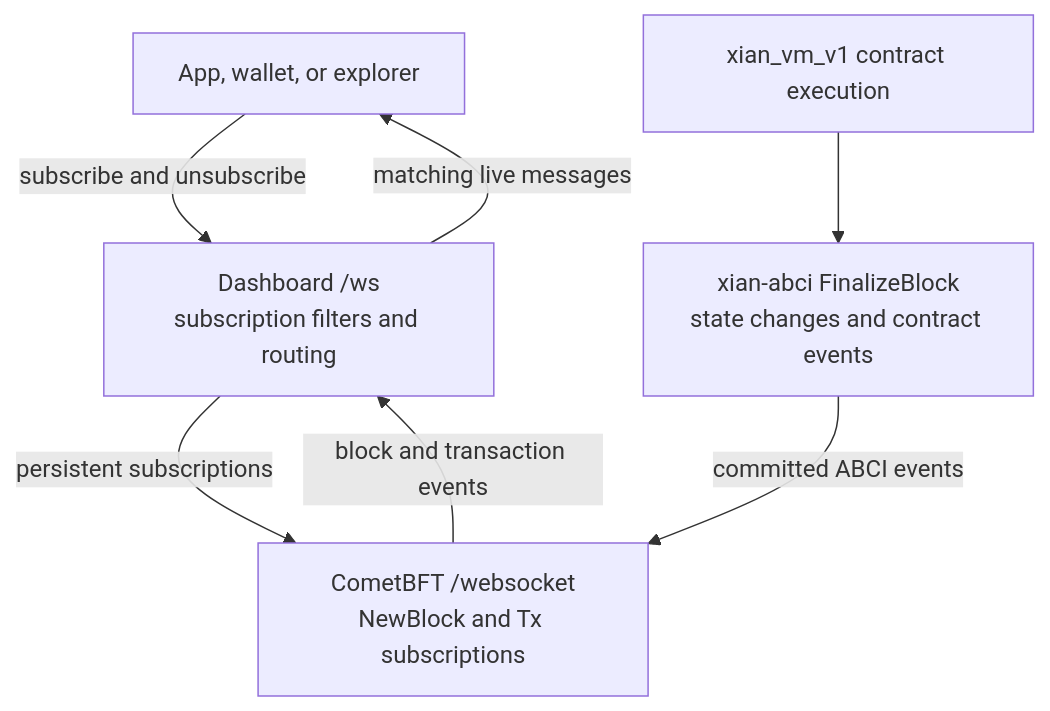
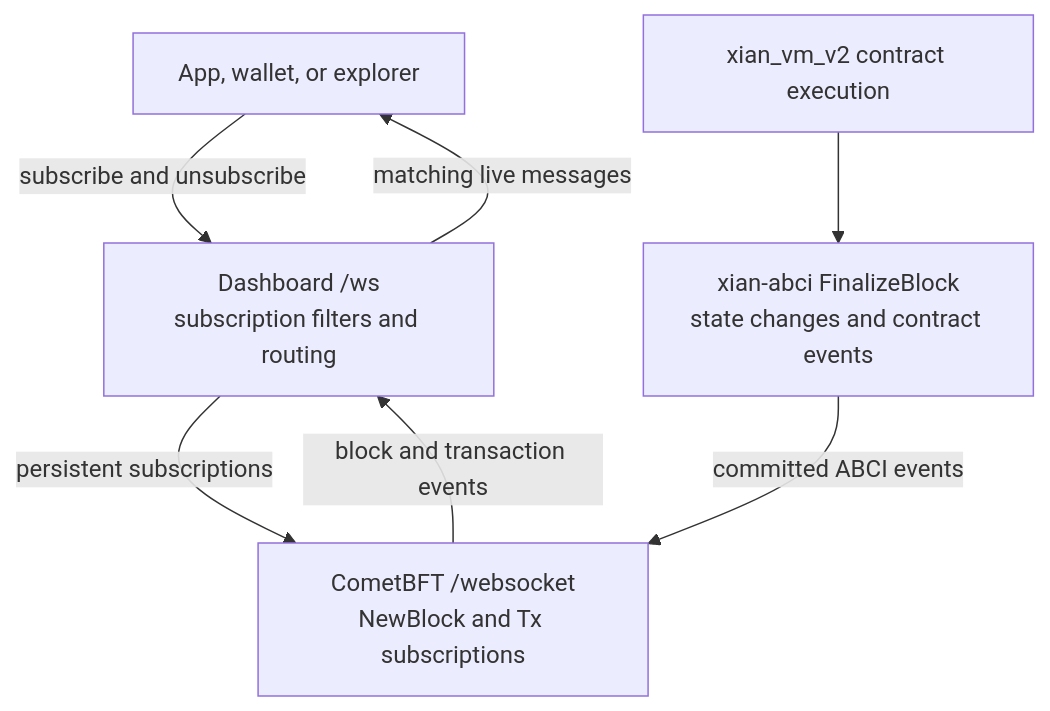
The diagram in api/websockets.md (xian-technology/xian-docs-web), drawn with Mermaid before and after one commit. The commit also changed 61 other files, not shown here.

````diff
--- a/api/websockets.md
+++ b/api/websockets.md
@@ -14,14 +14,14 @@
 ```mermaid
 flowchart TD
   App["App, wallet, or explorer"]
   Dashboard["Dashboard /ws<br/>subscription filters and routing"]
   Comet["CometBFT /websocket<br/>NewBlock and Tx subscriptions"]
   ABCI["xian-abci FinalizeBlock<br/>state changes and contract events"]
-  Runtime["xian_vm_v1 contract execution"]
+  Runtime["xian_vm_v2 contract execution"]
 
   App -->|"subscribe and unsubscribe"| Dashboard
   Dashboard -->|"persistent subscriptions"| Comet
   Runtime --> ABCI -->|"committed ABCI events"| Comet
   Comet -->|"block and transaction events"| Dashboard
   Dashboard -->|"matching live messages"| App
 ```
````
